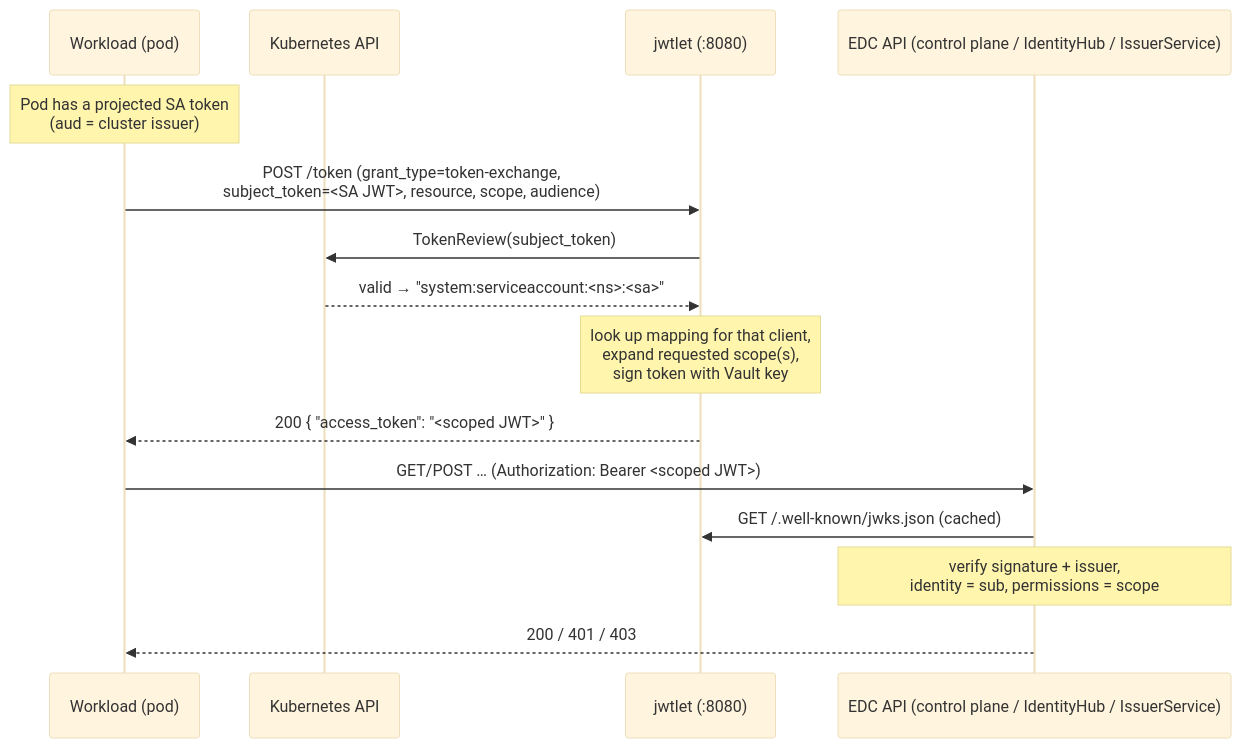
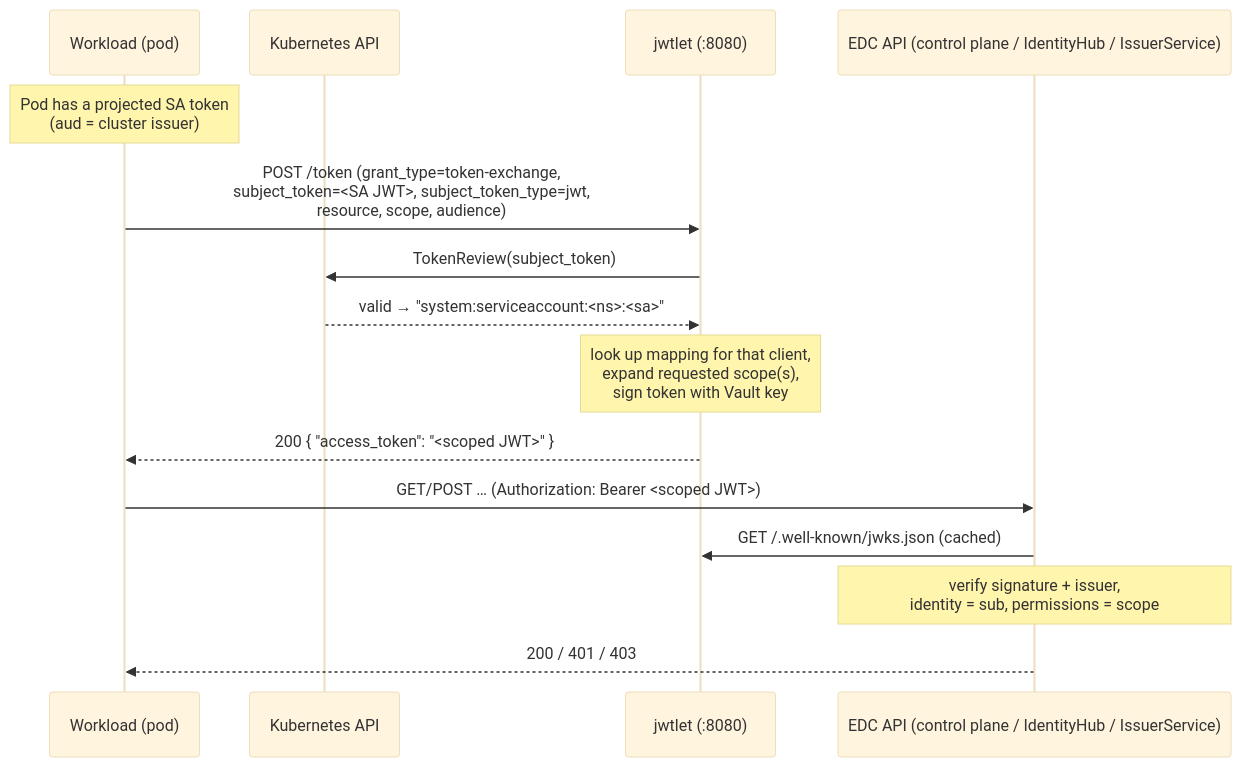
Before and after one commit to wolf4ood/jad: the diagram in docs/token-exchange.md, drawn with Mermaid (base theme). The commit also changed other lines of this file and 3 other files, not shown here.

Commit message:
fix: add missing subject_token_type (#56)

````diff
--- a/docs/token-exchange.md
+++ b/docs/token-exchange.md
@@ -91,18 +91,18 @@
 ```mermaid
 sequenceDiagram
     participant W as Workload (pod)
     participant K as Kubernetes API
     participant J as jwtlet (:8080)
     participant E as EDC API (control plane / IdentityHub / IssuerService)
 
     Note over W: Pod has a projected SA token<br/>(aud = cluster issuer)
-    W->>J: POST /token (grant_type=token-exchange,<br/>subject_token=<SA JWT>, resource, scope, audience)
+    W->>J: POST /token (grant_type=token-exchange,<br/>subject_token=<SA JWT>, subject_token_type=jwt,<br/>resource, scope, audience)
     J->>K: TokenReview(subject_token)
     K-->>J: valid → "system:serviceaccount:<ns>:<sa>"
     Note over J: look up mapping for that client,<br/>expand requested scope(s),<br/>sign token with Vault key
     J-->>W: 200 { "access_token": "<scoped JWT>" }
     W->>E: GET/POST … (Authorization: Bearer <scoped JWT>)
     E->>J: GET /.well-known/jwks.json (cached)
     Note over E: verify signature + issuer,<br/>identity = sub, permissions = scope
     E-->>W: 200 / 401 / 403
 ```
````
